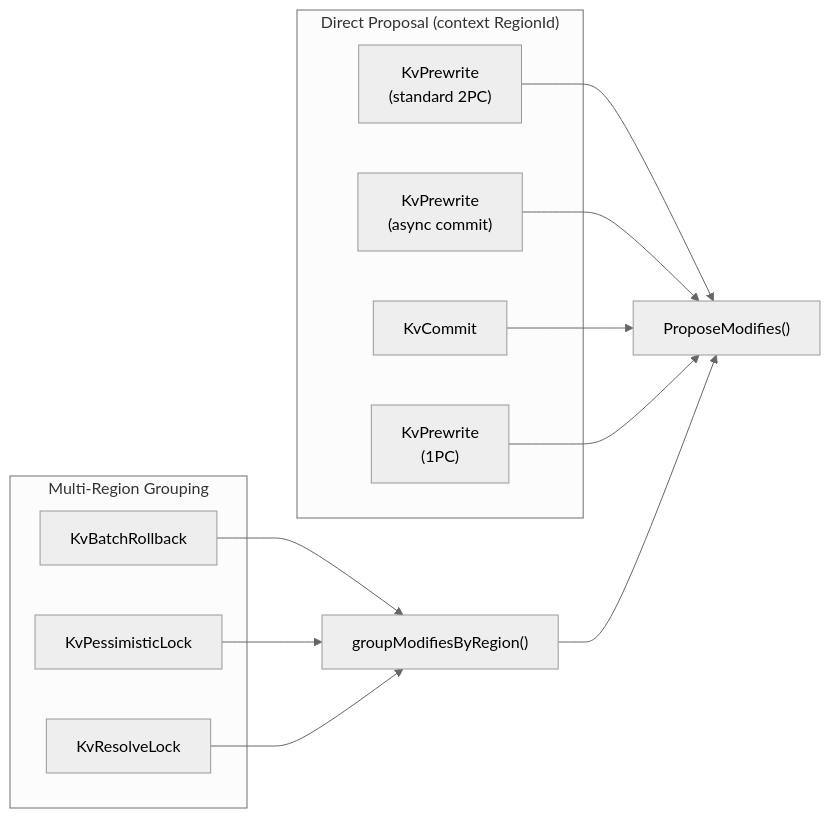
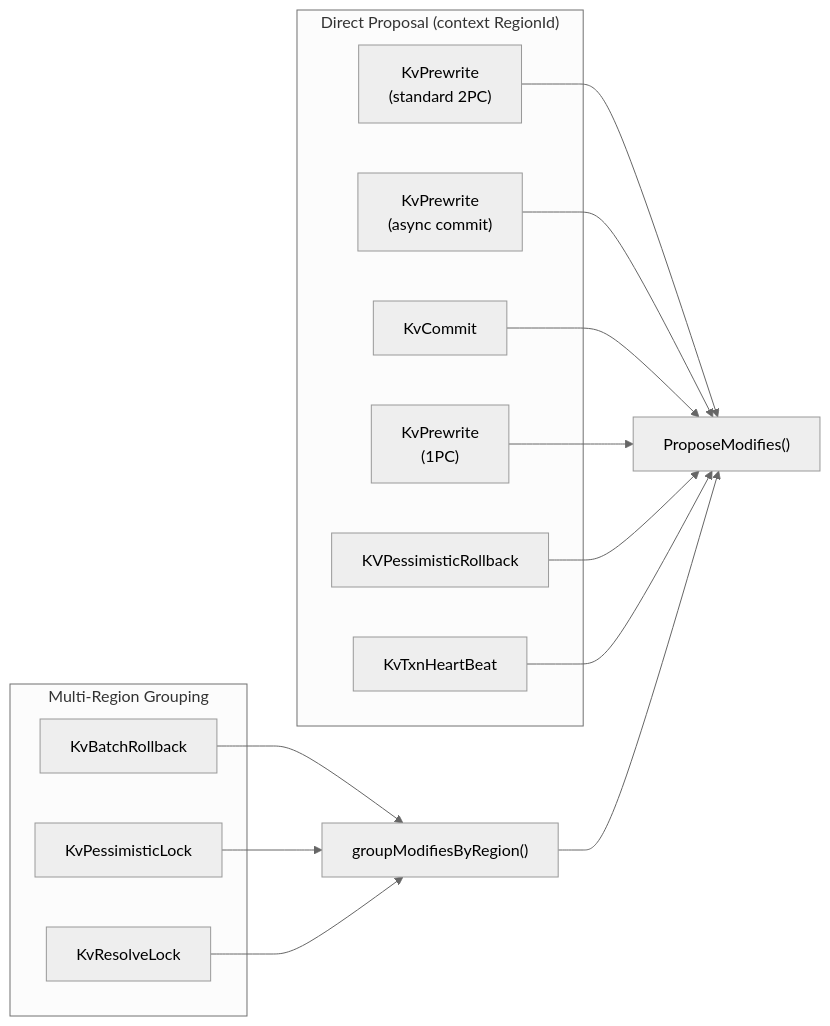
Before and after one commit to ryogrid/gookvs: the sixth of 9 diagrams in gookv-design/06_server_and_rpc.md, drawn with Mermaid (neutral theme). The commit also changed other lines of this file and 17 other files, not shown here.

````diff
--- a/gookv-design/06_server_and_rpc.md
+++ b/gookv-design/06_server_and_rpc.md
@@ -771,25 +784,29 @@
 ```mermaid
 graph LR
     subgraph "Direct Proposal (context RegionId)"
         KvPrewrite2PC["KvPrewrite<br/>(standard 2PC)"]
         KvPrewriteAC["KvPrewrite<br/>(async commit)"]
         KvCommit["KvCommit"]
         KvPrewrite1PC["KvPrewrite<br/>(1PC)"]
+        KvPessRollback["KVPessimisticRollback"]
+        KvTxnHB["KvTxnHeartBeat"]
     end
 
     subgraph "Multi-Region Grouping"
         KvBatchRollback["KvBatchRollback"]
         KvPessimisticLock["KvPessimisticLock"]
         KvResolveLock["KvResolveLock"]
     end
 
     KvPrewrite2PC --> ProposeModifies["ProposeModifies()"]
     KvPrewriteAC --> ProposeModifies
     KvCommit --> ProposeModifies
     KvPrewrite1PC --> ProposeModifies
+    KvPessRollback --> ProposeModifies
+    KvTxnHB --> ProposeModifies
 
     KvBatchRollback --> GroupBy["groupModifiesByRegion()"]
     KvPessimisticLock --> GroupBy
     KvResolveLock --> GroupBy
     GroupBy --> ProposeModifies
 ```
````
